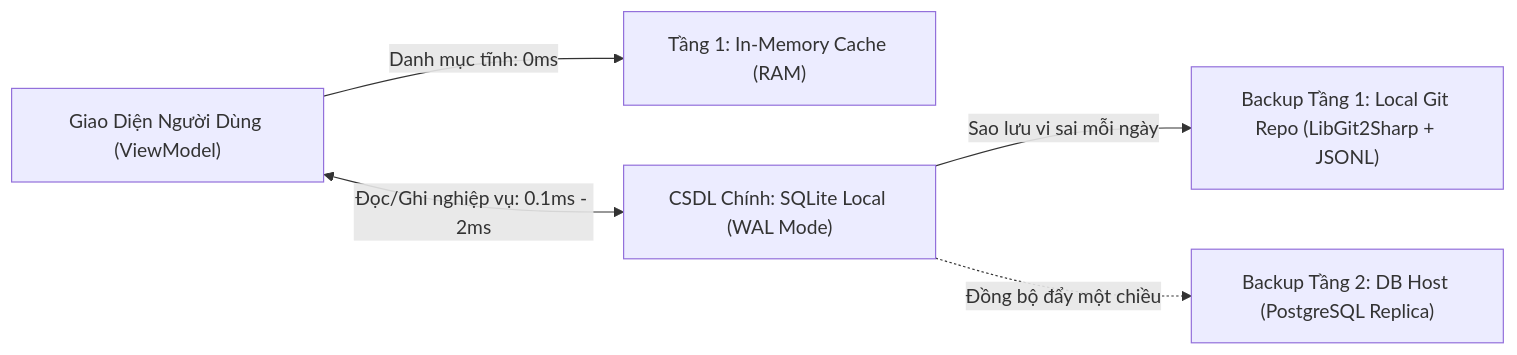
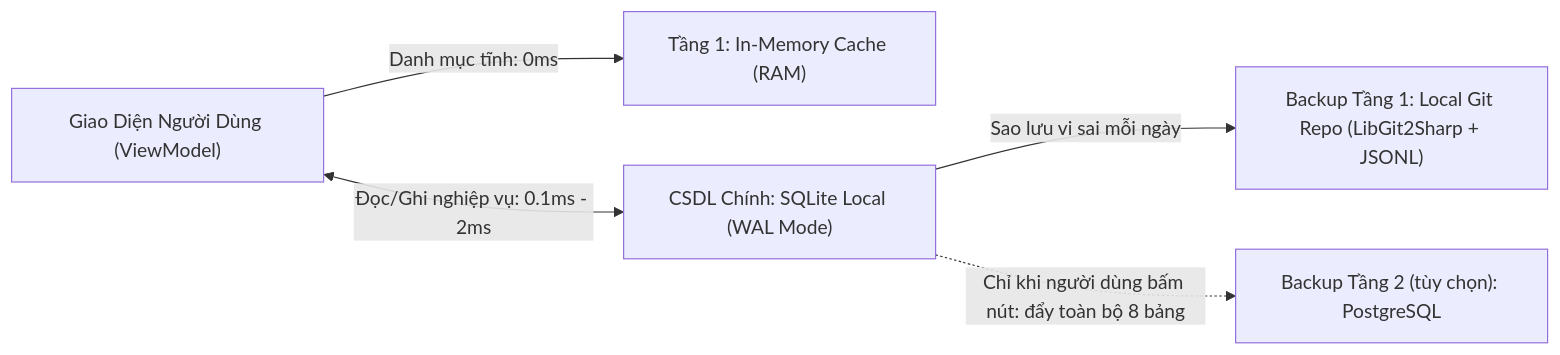
One commit to Nguyen06-CSE/quan-li-dang-ky-hoc-phan changed the second of 2 diagrams in docs/01-dac-ta-ung-dung/02-kien-truc-he-thong.md. Above: the diagram before and after it, drawn with Mermaid. The commit also changed other lines of this file and 29 other files, not shown here.

Commit message:
DB: thêm chức năng chọn DB backup hoặc không, đưa DB local lên chính - sửa lỗi mặc định pull data từ DB host

````diff
--- a/docs/01-dac-ta-ung-dung/02-kien-truc-he-thong.md
+++ b/docs/01-dac-ta-ung-dung/02-kien-truc-he-thong.md
@@ -81,7 +81,7 @@
 ```mermaid
 graph LR
     UI["Giao Diện Người Dùng (ViewModel)"] -->|Danh mục tĩnh: 0ms| L1["Tầng 1: In-Memory Cache (RAM)"]
     UI <-->|Đọc/Ghi nghiệp vụ: 0.1ms - 2ms| L2["CSDL Chính: SQLite Local (WAL Mode)"]
     L2 -->|Sao lưu vi sai mỗi ngày| GitBackup["Backup Tầng 1: Local Git Repo (LibGit2Sharp + JSONL)"]
-    L2 -.->|Đồng bộ đẩy một chiều| HostBackup["Backup Tầng 2: DB Host (PostgreSQL Replica)"]
+    L2 -.->|Chỉ khi người dùng bấm nút: đẩy toàn bộ 8 bảng| HostBackup["Backup Tầng 2 (tùy chọn): PostgreSQL"]
 ```
````
